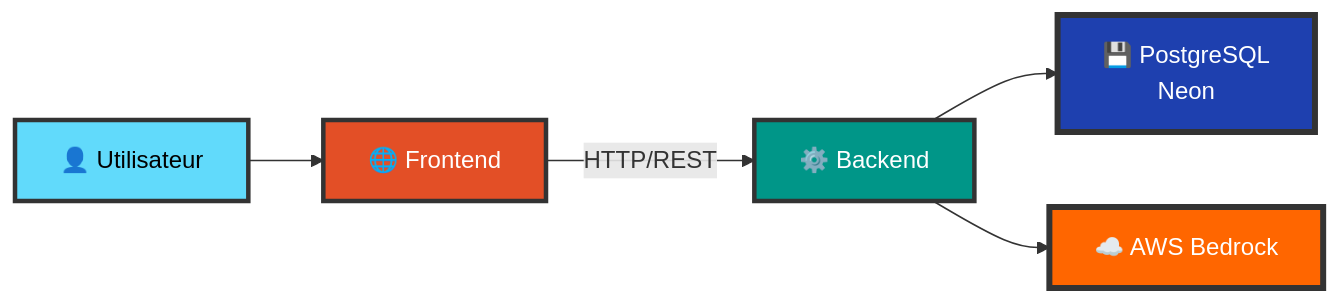
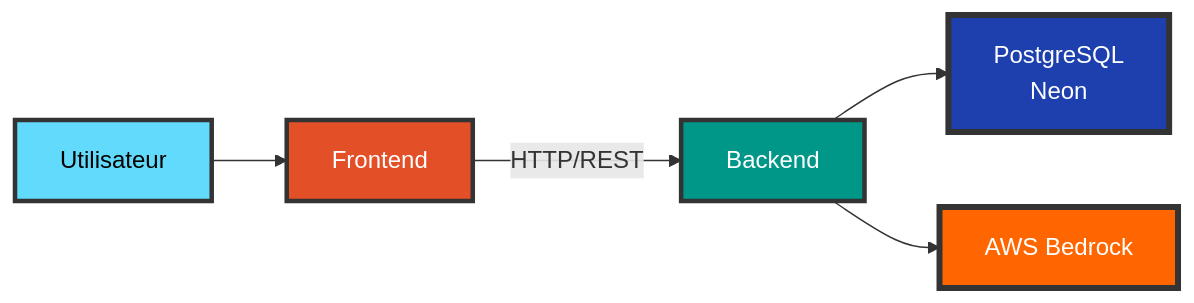
Before and after one commit to inskillflow/awsbedrock-demo-1-inmemory: the fifth of 24 diagrams in documentation/00-ARCHITECTURE.md, drawn with Mermaid. The commit also changed other lines of this file, not shown here.

````diff
--- a/documentation/00-ARCHITECTURE.md
+++ b/documentation/00-ARCHITECTURE.md
@@ -184,19 +184,19 @@
 ```mermaid
 flowchart LR
-    User[👤 Utilisateur]
-    Frontend[🌐 Frontend]
-    Backend[⚙️ Backend]
-    DB[💾 PostgreSQL<br/>Neon]
-    AWS[☁️ AWS Bedrock]
+    User[Utilisateur]
+    Frontend[Frontend]
+    Backend[Backend]
+    DB[PostgreSQL<br/>Neon]
+    AWS[AWS Bedrock]
     
     User --> Frontend
     Frontend -->|HTTP/REST| Backend
     Backend --> DB
     Backend --> AWS
     
     style User fill:#61DAFB,stroke:#333,stroke-width:3px,color:#000,font-size:16px
     style Frontend fill:#E34F26,stroke:#333,stroke-width:3px,color:#fff,font-size:16px
     style Backend fill:#009688,stroke:#333,stroke-width:3px,color:#fff,font-size:16px
     style DB fill:#1E40AF,stroke:#333,stroke-width:4px,color:#fff,font-size:16px
     style AWS fill:#FF6600,stroke:#333,stroke-width:4px,color:#fff,font-size:16px
 ```
````
